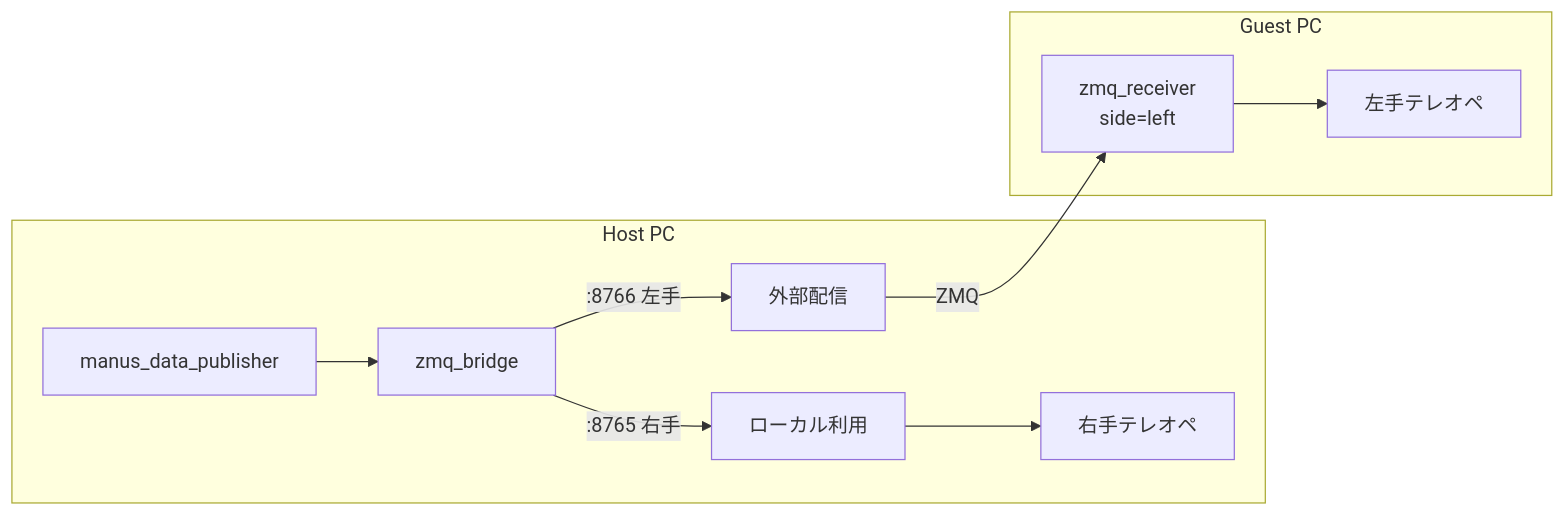
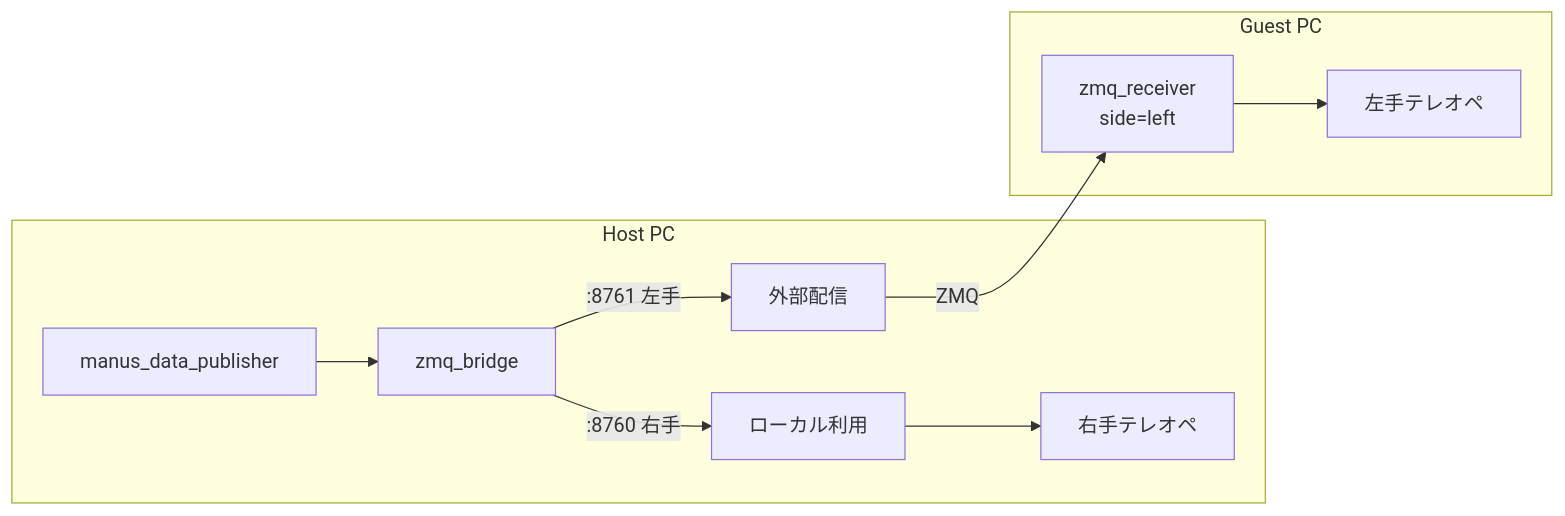
One commit to GeminiNinth/manus_ros2_transporter changed the second of 5 diagrams in README.ja.md. Above: the diagram before and after it, drawn with Mermaid. The commit also changed other lines of this file and 7 other files, not shown here.

````diff
--- a/README.ja.md
+++ b/README.ja.md
@@ -163,15 +163,15 @@
 ```mermaid
 flowchart LR
     subgraph Host [Host PC]
         H_MDP[manus_data_publisher] --> H_ZB[zmq_bridge]
-        H_ZB -->|:8765 右手| H_Local[ローカル利用]
-        H_ZB -->|:8766 左手| H_Out[外部配信]
+        H_ZB -->|:8760 右手| H_Local[ローカル利用]
+        H_ZB -->|:8761 左手| H_Out[外部配信]
         H_Local --> H_Teleop[右手テレオペ]
     end
     
     subgraph Guest [Guest PC]
         G_ZR[zmq_receiver<br/>side=left] --> G_Teleop[左手テレオペ]
     end
     
     H_Out -->|ZMQ| G_ZR
 ```
````
